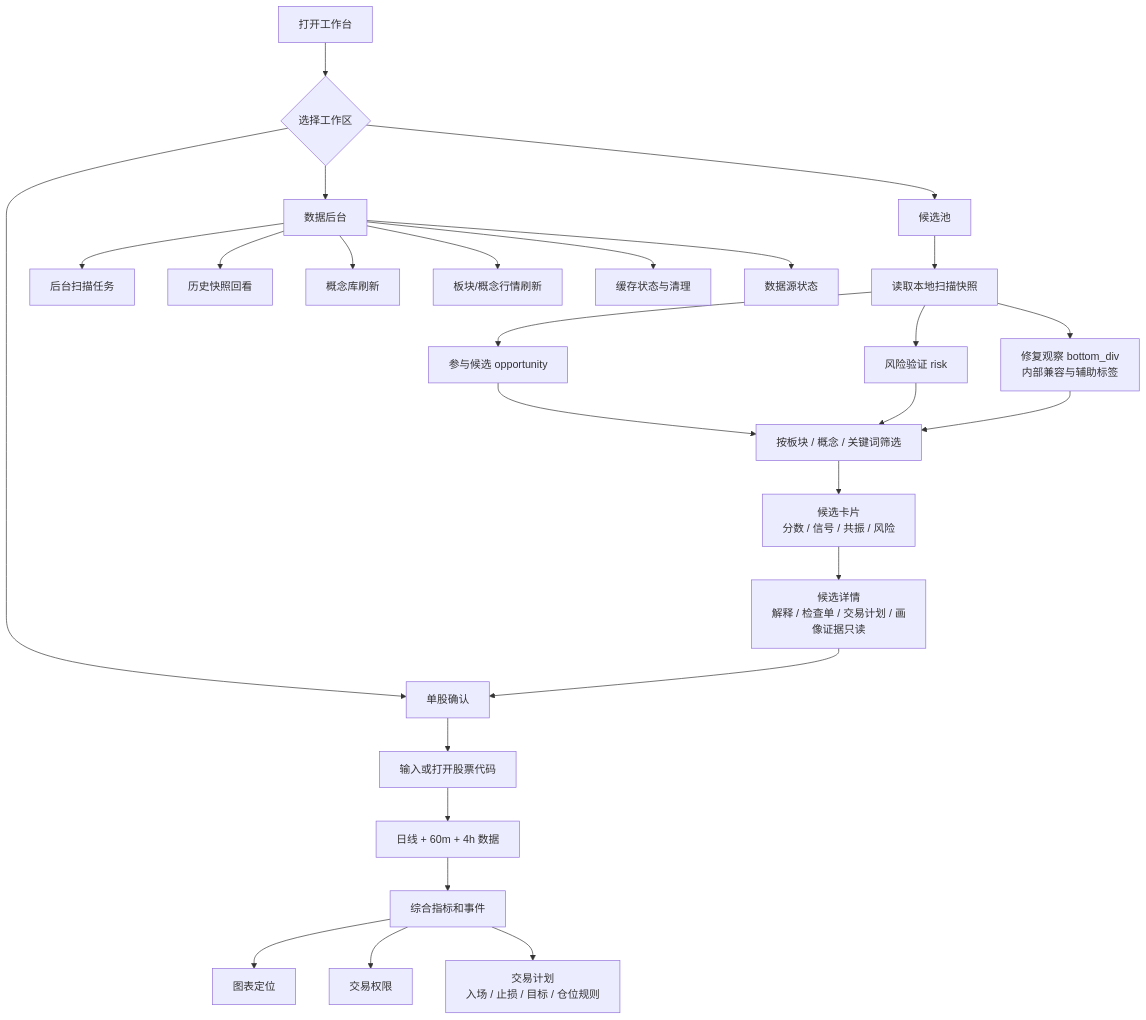
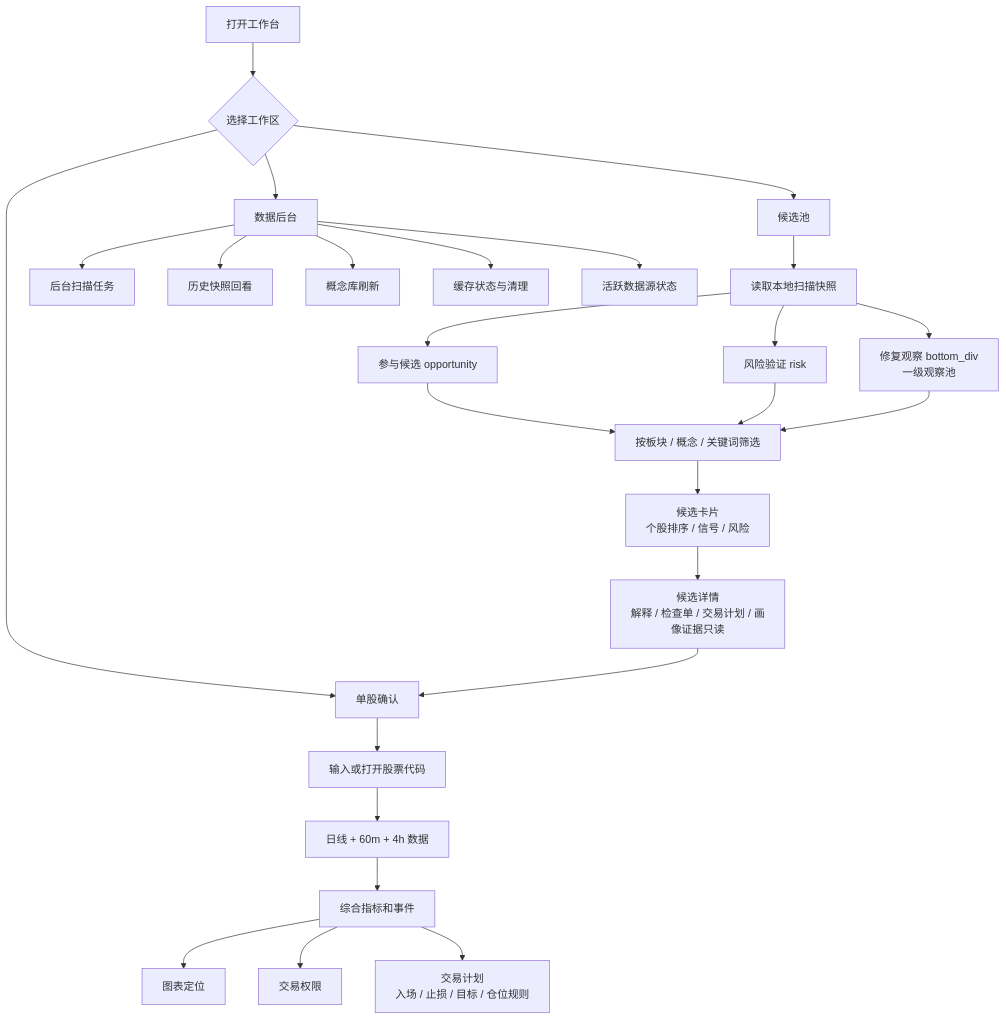
One commit to moyla-dva/stock changed the first of 2 diagrams in docs/current-feature-flow.md. Above: the diagram before and after it, drawn with Mermaid. The commit also changed other lines of this file and 196 other files, not shown here.

````diff
--- a/docs/current-feature-flow.md
+++ b/docs/current-feature-flow.md
@@ -7,33 +7,32 @@
 ```mermaid
 flowchart TD
     A[打开工作台] --> B{选择工作区}
 
     B --> C[候选池]
     B --> D[单股确认]
     B --> E[数据后台]
 
     C --> C1[读取本地扫描快照]
     C1 --> C2[参与候选 opportunity]
     C1 --> C3[风险验证 risk]
-    C1 --> C4[修复观察 bottom_div<br/>内部兼容与辅助标签]
+    C1 --> C4[修复观察 bottom_div<br/>一级观察池]
     C2 --> C5[按板块 / 概念 / 关键词筛选]
     C3 --> C5
     C4 --> C5
-    C5 --> C6[候选卡片<br/>分数 / 信号 / 共振 / 风险]
+    C5 --> C6[候选卡片<br/>个股排序 / 信号 / 风险]
     C6 --> C7[候选详情<br/>解释 / 检查单 / 交易计划 / 画像证据只读]
     C7 --> D
 
     D --> D1[输入或打开股票代码]
     D1 --> D2[日线 + 60m + 4h 数据]
     D2 --> D3[综合指标和事件]
     D3 --> D4[图表定位]
     D3 --> D5[交易权限]
     D3 --> D6[交易计划<br/>入场 / 止损 / 目标 / 仓位规则]
 
     E --> E1[后台扫描任务]
     E --> E2[历史快照回看]
     E --> E3[概念库刷新]
-    E --> E4[板块/概念行情刷新]
-    E --> E5[缓存状态与清理]
-    E --> E6[数据源状态]
+    E --> E4[缓存状态与清理]
+    E --> E5[活跃数据源状态]
 ```
````
